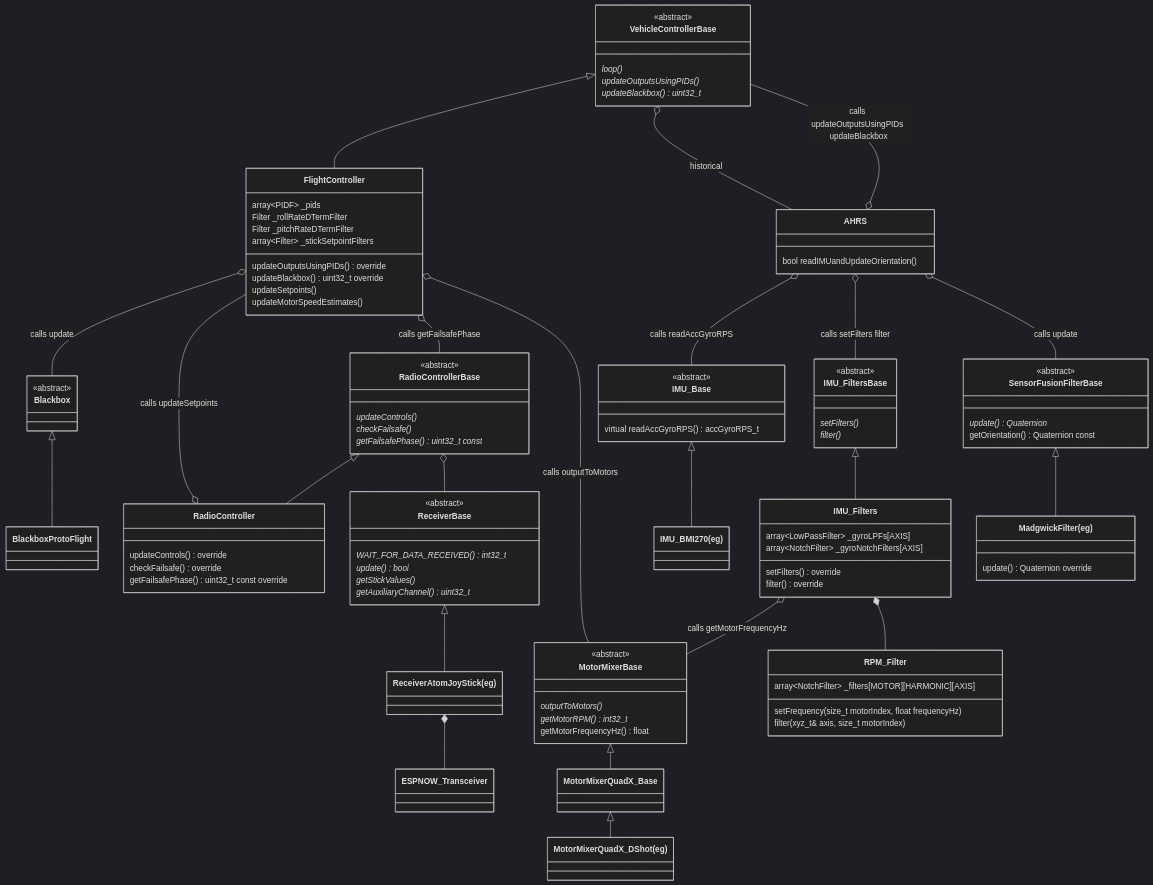
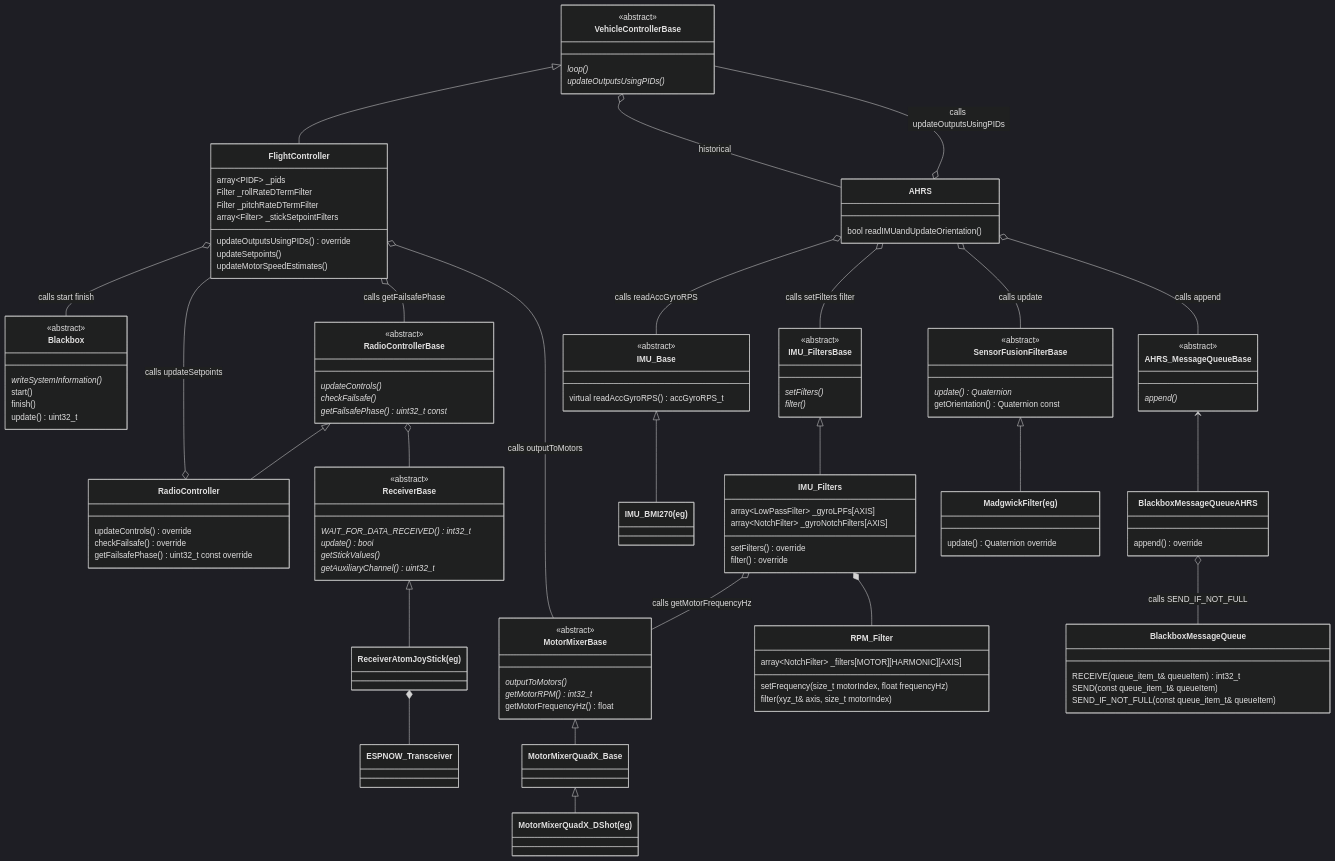
The first of 5 diagrams in README.md (martinbudden/Protoflight), drawn with Mermaid (dark theme) before and after one commit. The commit also changed other lines of this file and 8 other files, not shown here.

Commit message:
Added BlackboxMessageQueue. Updated to latest libraries. Updated class diagrams.

```diff
--- a/README.md
+++ b/README.md
@@ -220,14 +220,29 @@
         getOrientation() Quaternion const
     }
     link SensorFusionFilterBase "https://github.com/martinbudden/Library-SensorFusion/blob/main/src/SensorFusion.h"
+    class AHRS_MessageQueueBase {
+        <<abstract>>
+        append() *
+    }
+    class BlackboxMessageQueueAHRS {
+        append() override
+    }
+    class BlackboxMessageQueue {
+        RECEIVE(queue_item_t& queueItem) int32_t
+        SEND(const queue_item_t& queueItem)
+        SEND_IF_NOT_FULL(const queue_item_t& queueItem)
+    }
+    AHRS_MessageQueueBase <-- BlackboxMessageQueueAHRS
+    BlackboxMessageQueueAHRS o-- BlackboxMessageQueue : calls SEND_IF_NOT_FULL
 
     class Blackbox {
         <<abstract>>
+        writeSystemInformation() *
+        start()
+        finish()
+        update() uint32_t
     }
     link Blackbox "https://github.com/martinbudden/Library-Blackbox/blob/main/src/Blackbox.h"
-    Blackbox <|-- BlackboxProtoFlight
-    class BlackboxProtoFlight
-    link BlackboxProtoFlight "https://github.com/martinbudden/protoflight/blob/main/lib/Blackbox/src/BlackboxProtoFlight.h"
 
     class IMU_Base {
         <<abstract>>
@@ -246,7 +261,6 @@
         <<abstract>>
         loop() *
         updateOutputsUsingPIDs() *
-        updateBlackbox() uint32_t  *
     }
     link VehicleControllerBase "https://github.com/martinbudden/Library-StabilizedVehicle/blob/main/src/VehicleControllerBase.h"
 
@@ -266,12 +280,11 @@
         Filter _pitchRateDTermFilter
         array~Filter~ _stickSetpointFilters
         updateOutputsUsingPIDs() override
-        updateBlackbox() uint32_t override
         updateSetpoints()
         updateMotorSpeedEstimates()
     }
     link FlightController "https://github.com/martinbudden/protoflight/blob/main/lib/FlightController/src/FlightController.h"
-    FlightController o-- Blackbox : calls update
+    FlightController o-- Blackbox : calls start finish
     FlightController --o RadioController : calls updateSetpoints
     FlightController o-- RadioControllerBase : calls getFailsafePhase
     FlightController o-- MotorMixerBase : calls outputToMotors
@@ -283,7 +296,8 @@
     AHRS o-- IMU_Base : calls readAccGyroRPS
     AHRS o-- IMU_FiltersBase : calls setFilters filter
     AHRS o-- SensorFusionFilterBase : calls update
-    AHRS o-- VehicleControllerBase : calls updateOutputsUsingPIDs updateBlackbox
+    AHRS o-- AHRS_MessageQueueBase : calls append
+    AHRS o-- VehicleControllerBase : calls updateOutputsUsingPIDs
     VehicleControllerBase o-- AHRS : historical
 
     class ReceiverBase {
```
